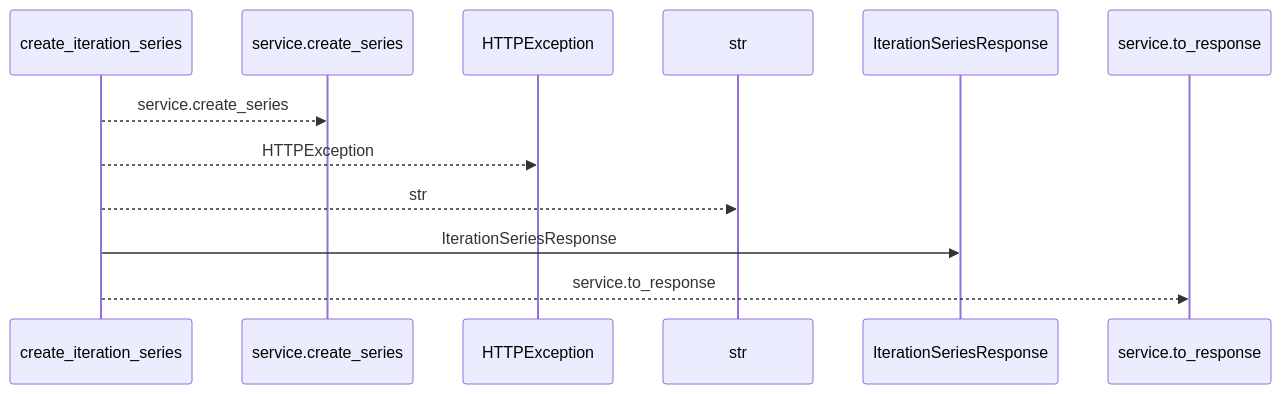
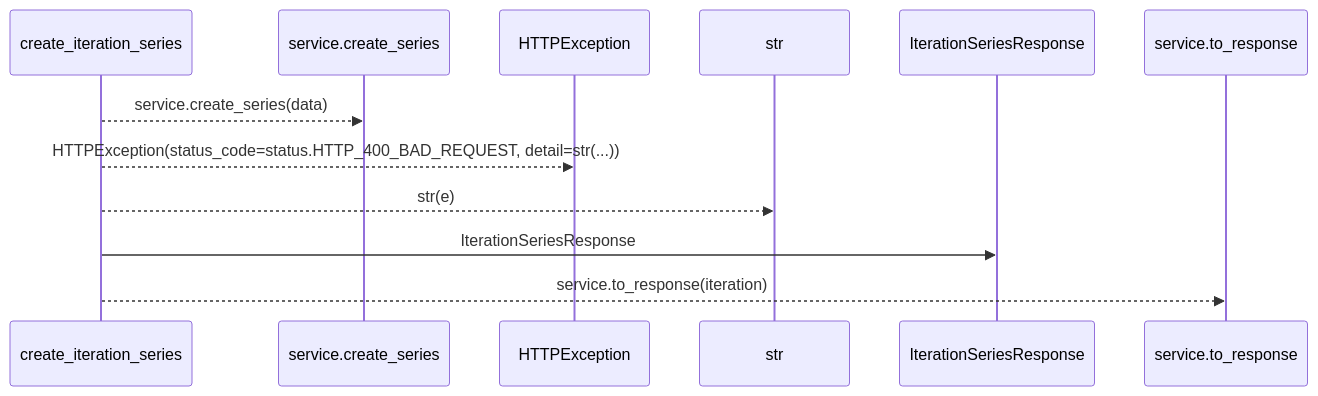
Before and after one commit to Denissvgn/WorkChord: the first of 2 diagrams in docs/llm_wiki/flows/http-create_iteration_series.md, drawn with Mermaid. The commit also changed other lines of this file and 25171 other files, not shown here.

````diff
--- a/docs/llm_wiki/flows/http-create_iteration_series.md
+++ b/docs/llm_wiki/flows/http-create_iteration_series.md
@@ -10,14 +12,14 @@
 ```mermaid
 sequenceDiagram
     participant p0 as create_iteration_series
     participant p1 as service.create_series
     participant p2 as HTTPException
     participant p3 as str
     participant p4 as IterationSeriesResponse
     participant p5 as service.to_response
-    p0-->>p1: service.create_series
-    p0-->>p2: HTTPException
-    p0-->>p3: str
+    p0-->>p1: service.create_series(data)
+    p0-->>p2: HTTPException(status_code=status.HTTP_400_BAD_REQUEST, detail=str(...))
+    p0-->>p3: str(e)
     p0->>p4: IterationSeriesResponse
-    p0-->>p5: service.to_response
+    p0-->>p5: service.to_response(iteration)
 ```
````
